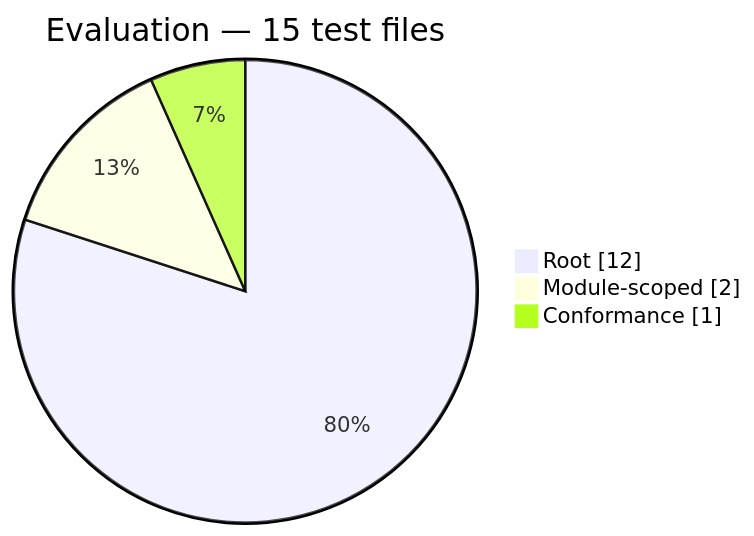
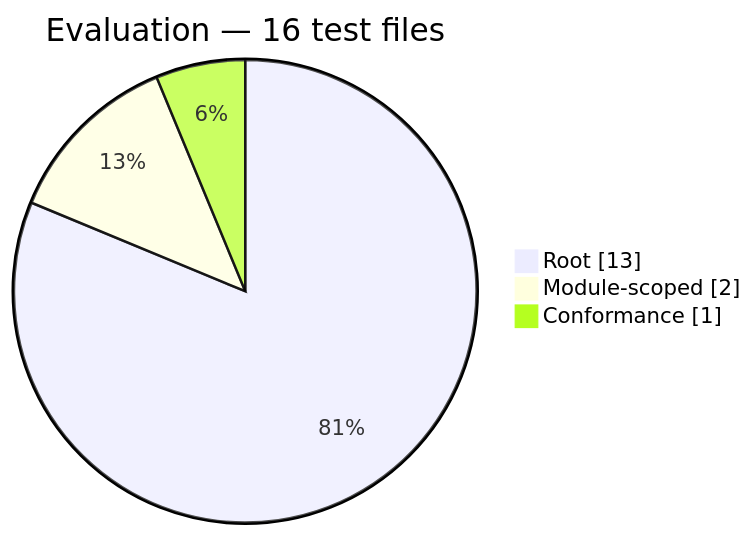
The third of 12 diagrams in docs/generated/test-composition.md (Mohammed-Alama/php-arazzo), drawn with Mermaid before and after one commit. The commit also changed other lines of this file and 26 other files, not shown here.

First line of the commit message:
chore(expression,evaluation): architecture docs, fitness functions, spec closure (#163)

````diff
--- a/docs/generated/test-composition.md
+++ b/docs/generated/test-composition.md
@@ -44,7 +44,7 @@
 ```mermaid
 pie showData
-    title Evaluation — 15 test files
-    "Root": 12
+    title Evaluation — 16 test files
+    "Root": 13
     "Module-scoped": 2
     "Conformance": 1
 ```
````
